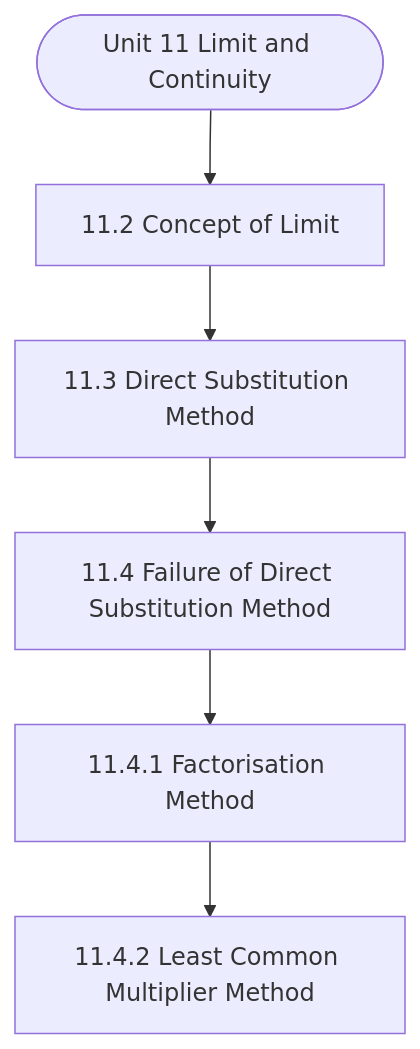
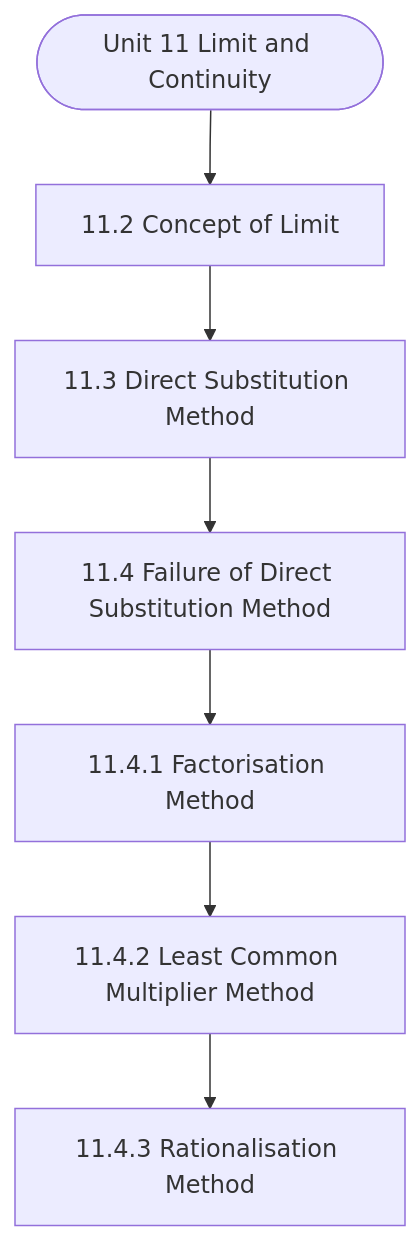
One commit to Asutosh-Coaching/mscdsa changed the diagram in notes/Semester_1/MCS-061_Mathematical_Foundations_-_I/unit_11_Limit_and_Continuity.md. Above: the diagram before and after it, drawn with Mermaid. The commit also changed other lines of this file and 116 other files, not shown here.

````diff
--- a/notes/Semester_1/MCS-061_Mathematical_Foundations_-_I/unit_11_Limit_and_Continuity.md
+++ b/notes/Semester_1/MCS-061_Mathematical_Foundations_-_I/unit_11_Limit_and_Continuity.md
@@ -19,14 +19,16 @@
 ```mermaid
 flowchart TD
   Start(["Unit 11 Limit and Continuity"])
   N1["11.2 Concept of Limit"]
   N2["11.3 Direct Substitution Method"]
   N3["11.4 Failure of Direct Substitution Method"]
   N4["11.4.1 Factorisation Method"]
   N5["11.4.2 Least Common Multiplier Method"]
+  N6["11.4.3 Rationalisation Method"]
   Start --> N1
   N1 --> N2
   N2 --> N3
   N3 --> N4
   N4 --> N5
+  N5 --> N6
 ```
````
